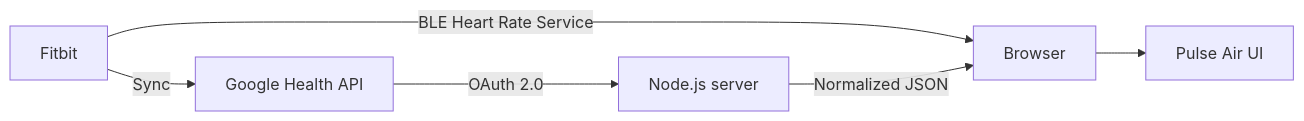
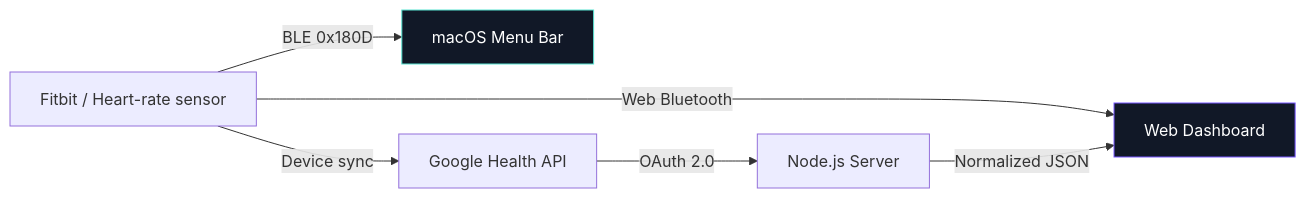
One commit to taku0193/fitbit-air-heart-rate changed the diagram in README.md. Above: the diagram before and after it, drawn with Mermaid. The commit also changed other lines of this file and 9 other files, not shown here.

````diff
--- a/README.md
+++ b/README.md
@@ -73,8 +113,13 @@
 ```mermaid
 flowchart LR
-  A[Fitbit] -->|BLE Heart Rate Service| B[Browser]
-  A -->|Sync| C[Google Health API]
-  C -->|OAuth 2.0| D[Node.js server]
-  D -->|Normalized JSON| B
-  B --> E[Pulse Air UI]
+    F[Fitbit / Heart-rate sensor]
+
+    F -->|BLE 0x180D| M[macOS Menu Bar]
+    F -->|Web Bluetooth| W[Web Dashboard]
+    F -->|Device sync| G[Google Health API]
+    G -->|OAuth 2.0| N[Node.js Server]
+    N -->|Normalized JSON| W
+
+    style M fill:#111827,color:#fff,stroke:#58e3d1
+    style W fill:#111827,color:#fff,stroke:#7657ff
 ```
````
